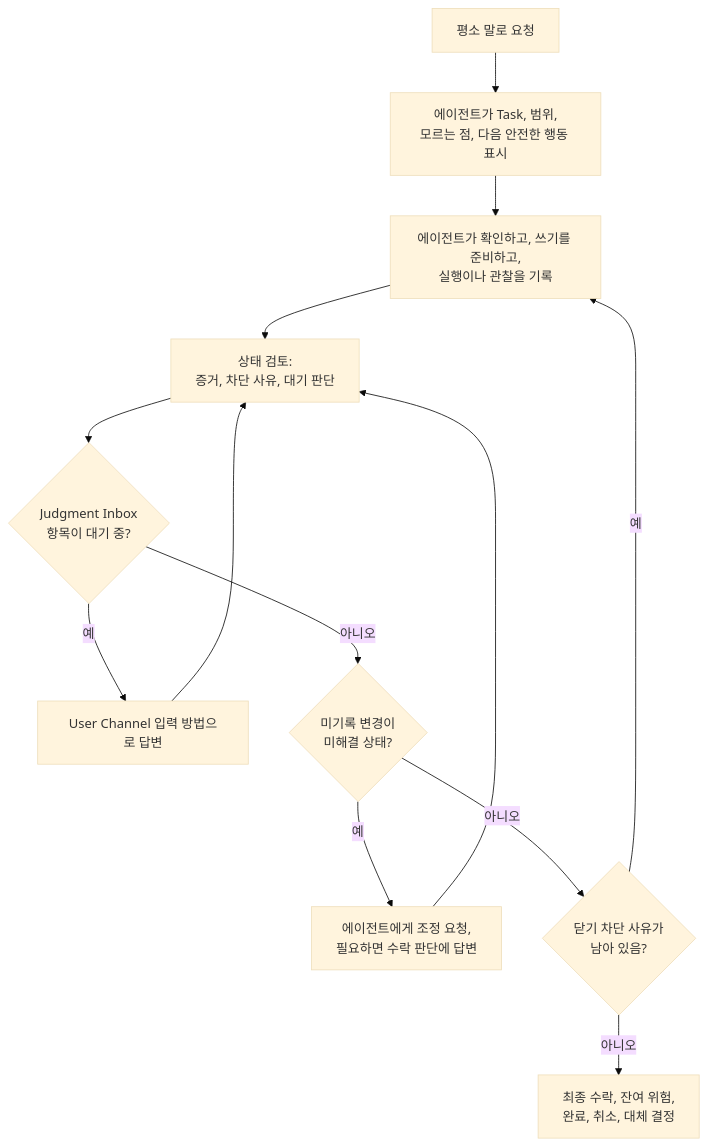
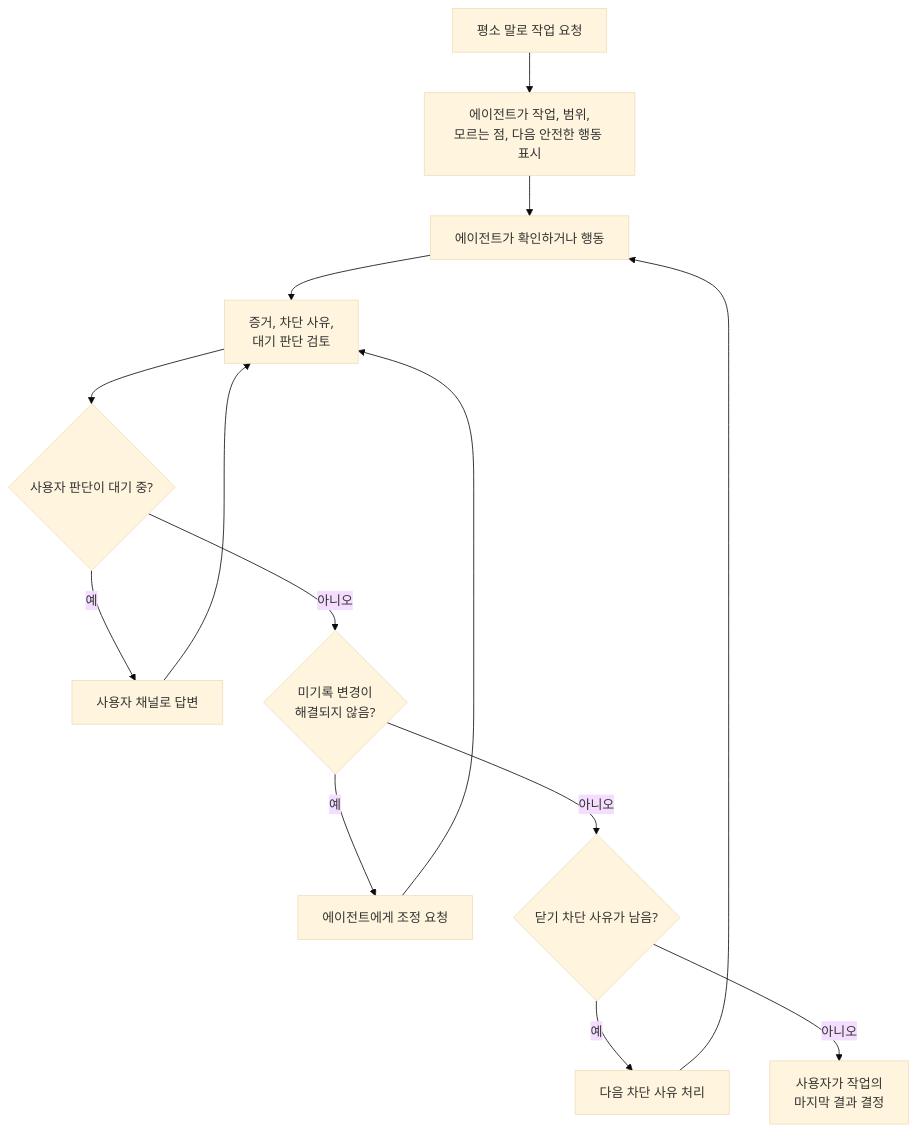
Before and after one commit to minjungw00/Volicord: the diagram in docs/ko/user-guide/user-workflow.md, drawn with Mermaid (base theme). The commit also changed other lines of this file and 3 other files, not shown here.

````diff
--- a/docs/ko/user-guide/user-workflow.md
+++ b/docs/ko/user-guide/user-workflow.md
@@ -17,21 +9,22 @@
 ```mermaid
 flowchart TD
-  ask["평소 말로 요청"]
-  boundary["에이전트가 Task, 범위,<br/>모르는 점, 다음 안전한 행동 표시"]
-  action["에이전트가 확인하고, 쓰기를 준비하고,<br/>실행이나 관찰을 기록"]
-  status["상태 검토:<br/>증거, 차단 사유, 대기 판단"]
-  judgment{"Judgment Inbox<br/>항목이 대기 중?"}
-  answer["User Channel 입력 방법으로 답변"]
-  changes{"미기록 변경이<br/>미해결 상태?"}
-  reconcile["에이전트에게 조정 요청,<br/>필요하면 수락 판단에 답변"]
-  close{"닫기 차단 사유가<br/>남아 있음?"}
-  finish["최종 수락, 잔여 위험,<br/>완료, 취소, 대체 결정"]
+  ask["평소 말로 작업 요청"]
+  boundary["에이전트가 작업, 범위,<br/>모르는 점, 다음 안전한 행동 표시"]
+  action["에이전트가 확인하거나 행동"]
+  status["증거, 차단 사유,<br/>대기 판단 검토"]
+  judgment{"사용자 판단이 대기 중?"}
+  answer["사용자 채널로 답변"]
+  changes{"미기록 변경이<br/>해결되지 않음?"}
+  reconcile["에이전트에게 조정 요청"]
+  close{"닫기 차단 사유가 남음?"}
+  continue["다음 차단 사유 처리"]
+  finish["사용자가 작업의<br/>마지막 결과 결정"]
 
   ask --> boundary --> action --> status --> judgment
   judgment -- 예 --> answer --> status
   judgment -- 아니오 --> changes
   changes -- 예 --> reconcile --> status
   changes -- 아니오 --> close
-  close -- 예 --> action
+  close -- 예 --> continue --> action
   close -- 아니오 --> finish
 ```
````
